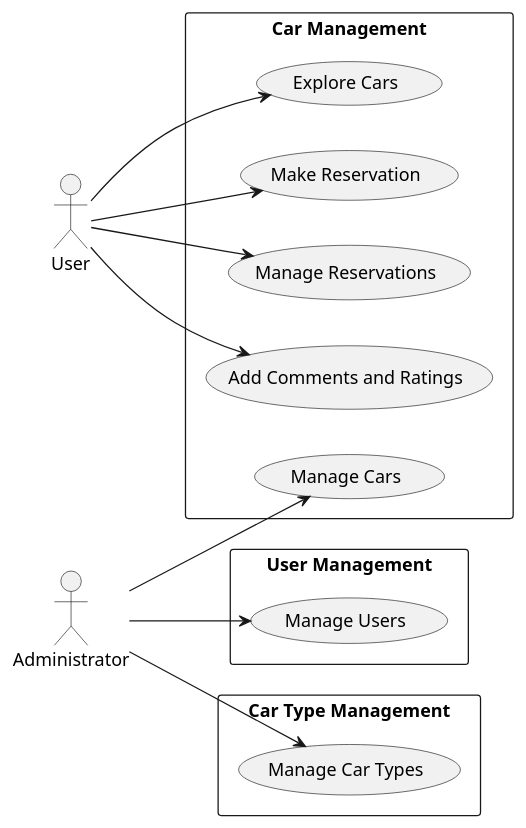
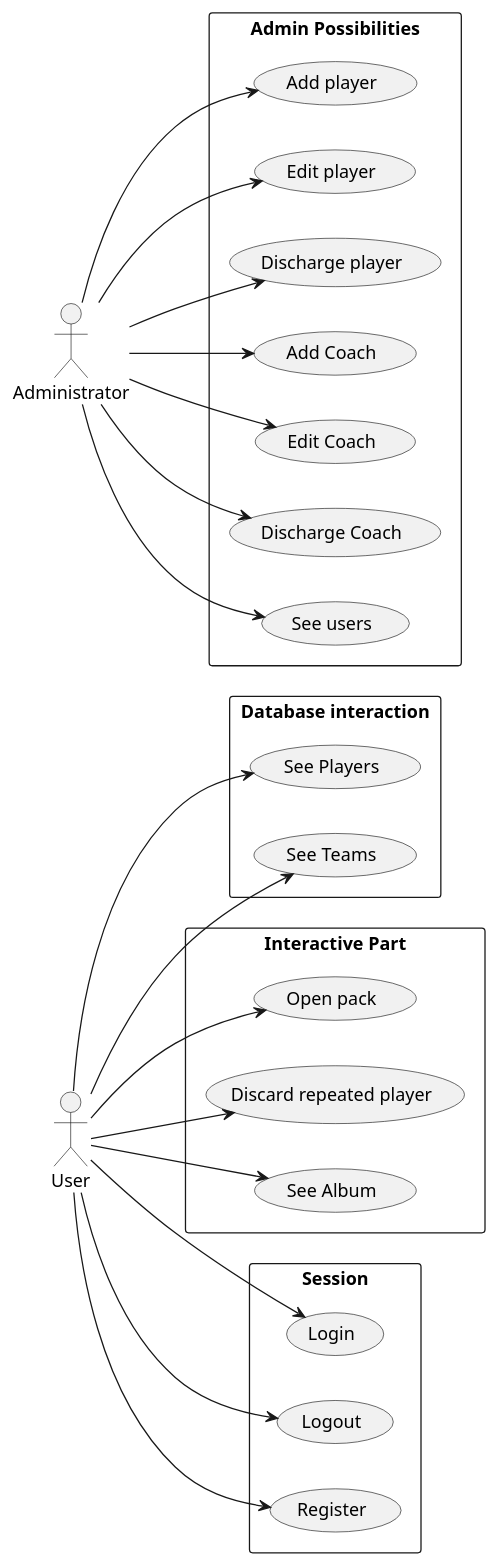
The diagram in docs/diagrama_de_casos.puml (javieramosfuentes/CVC_projecte_javi), drawn with PlantUML before and after one commit. The commit also changed 1 other file, not shown here.

Commit message:
case diagram and webmap done

```diff
--- a/docs/diagrama_de_casos.puml
+++ b/docs/diagrama_de_casos.puml
@@ -1,24 +1,35 @@
 @startuml
 
 left to right direction
 
 actor "User" as User
 actor "Administrator" as Admin
 
-rectangle "Car Management" {
-    User --> (Explore Cars) /' Explorar Cotxes '/
-    User --> (Make Reservation) /' Realitzar Reserva '/
-    User --> (Manage Reservations) /' Gestionar Reserves '/
-    User --> (Add Comments and Ratings) /' Afegir Comentaris i Puntuacions '/
-    Admin --> (Manage Cars) /' Gestionar Cotxes '/
+rectangle "Admin Possibilities" {
+    Admin --> (Add player)
+    Admin --> (Edit player)
+    Admin --> (Discharge player)
+    Admin --> (Add Coach)
+    Admin --> (Edit Coach)
+    Admin --> (Discharge Coach)
+    Admin --> (See users)
 }
 
-rectangle "User Management" {
-    Admin --> (Manage Users) /' Gestinar Usuaris '/
+rectangle "Database interaction" {
+    User --> (See Players)
+    User --> (See Teams)
 }
 
-rectangle "Car Type Management" {
-    Admin --> (Manage Car Types) /' Gestionar Tipus de Cotxes '/
+rectangle "Interactive Part" {
+    User --> (Open pack)
+    User --> (Discard repeated player)
+    User --> (See Album)
+}
+
+rectangle "Session" {
+    User --> (Login)
+    User --> (Logout)
+    User --> (Register)
 }
 
 @enduml
```
